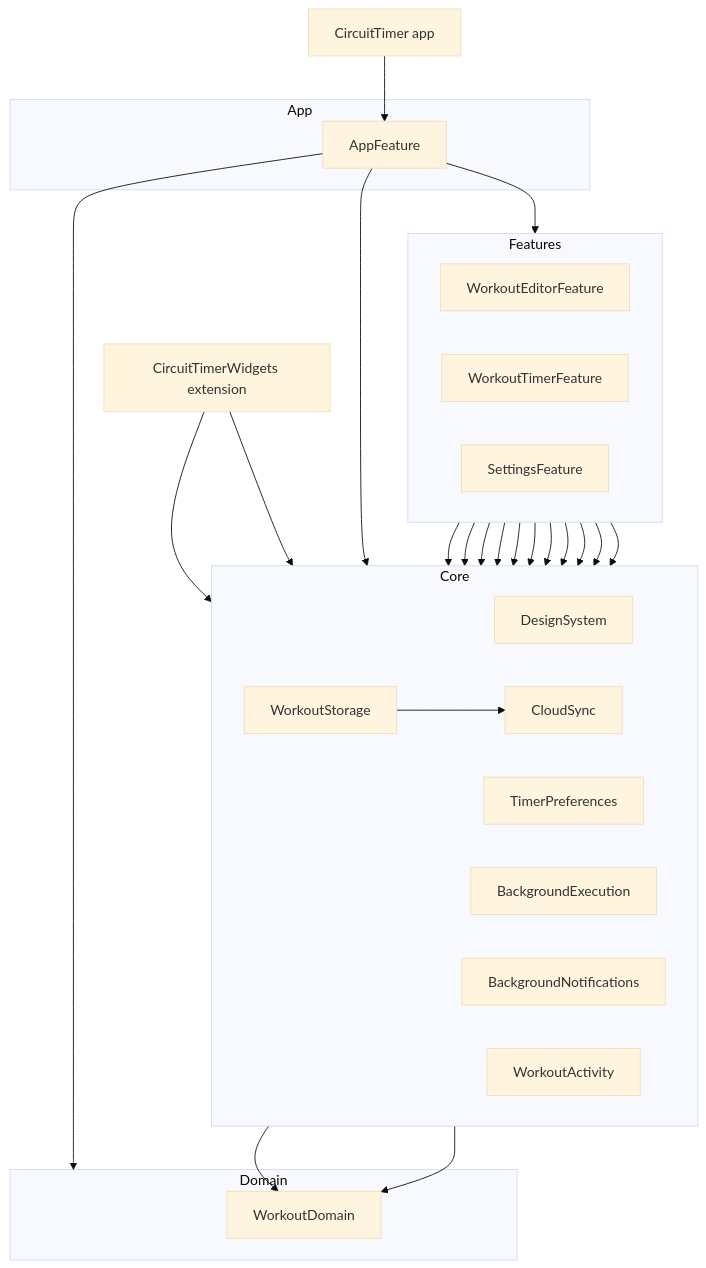
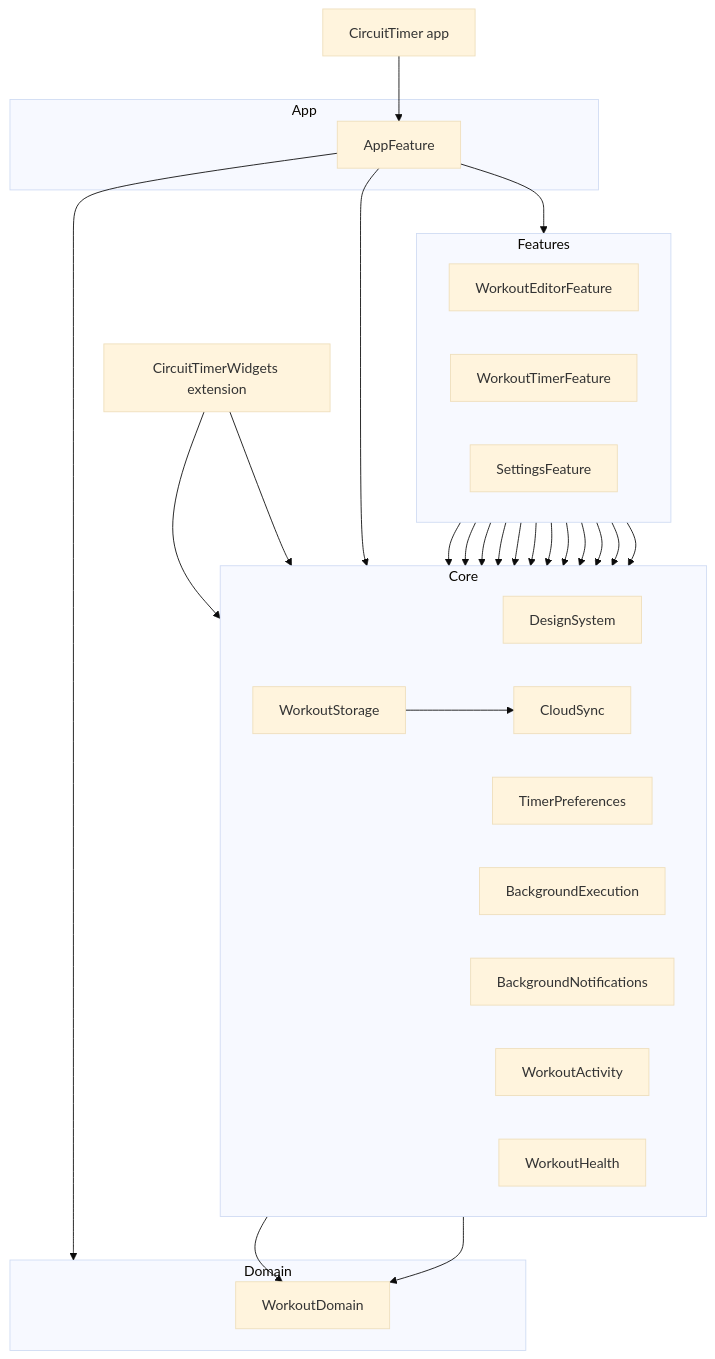
Before and after one commit to akrementsov/CircuitTimer: the diagram in README.md, drawn with Mermaid (base theme). The commit also changed other lines of this file and 61 other files, not shown here.

````diff
--- a/README.md
+++ b/README.md
@@ -98,51 +98,53 @@
 ```mermaid
 flowchart TD
     Shell["CircuitTimer app"] --> AppFeature
 
     subgraph AppLayer["App"]
         AppFeature
     end
 
     subgraph Features
         direction LR
         WorkoutEditorFeature
         WorkoutTimerFeature
         SettingsFeature
     end
 
     subgraph Core
         direction LR
         DesignSystem
         WorkoutStorage
         TimerPreferences
         BackgroundExecution
         BackgroundNotifications
         WorkoutActivity
+        WorkoutHealth
         CloudSync
     end
 
     subgraph Domain
         WorkoutDomain
     end
 
     AppFeature --> Features
     AppFeature --> Core
     AppFeature --> Domain
     WorkoutEditorFeature --> DesignSystem
     WorkoutEditorFeature --> WorkoutStorage
     WorkoutTimerFeature --> DesignSystem
     WorkoutTimerFeature --> WorkoutStorage
     WorkoutTimerFeature --> TimerPreferences
     WorkoutTimerFeature --> BackgroundExecution
     SettingsFeature --> DesignSystem
     SettingsFeature --> TimerPreferences
     SettingsFeature --> CloudSync
     WorkoutTimerFeature --> BackgroundNotifications
     WorkoutTimerFeature --> WorkoutActivity
+    WorkoutTimerFeature --> WorkoutHealth
     WorkoutStorage --> WorkoutDomain
     WorkoutStorage --> CloudSync
     WorkoutActivity --> WorkoutDomain
 
     Widgets["CircuitTimerWidgets extension"] --> WorkoutActivity
     Widgets --> DesignSystem
 ```
````
